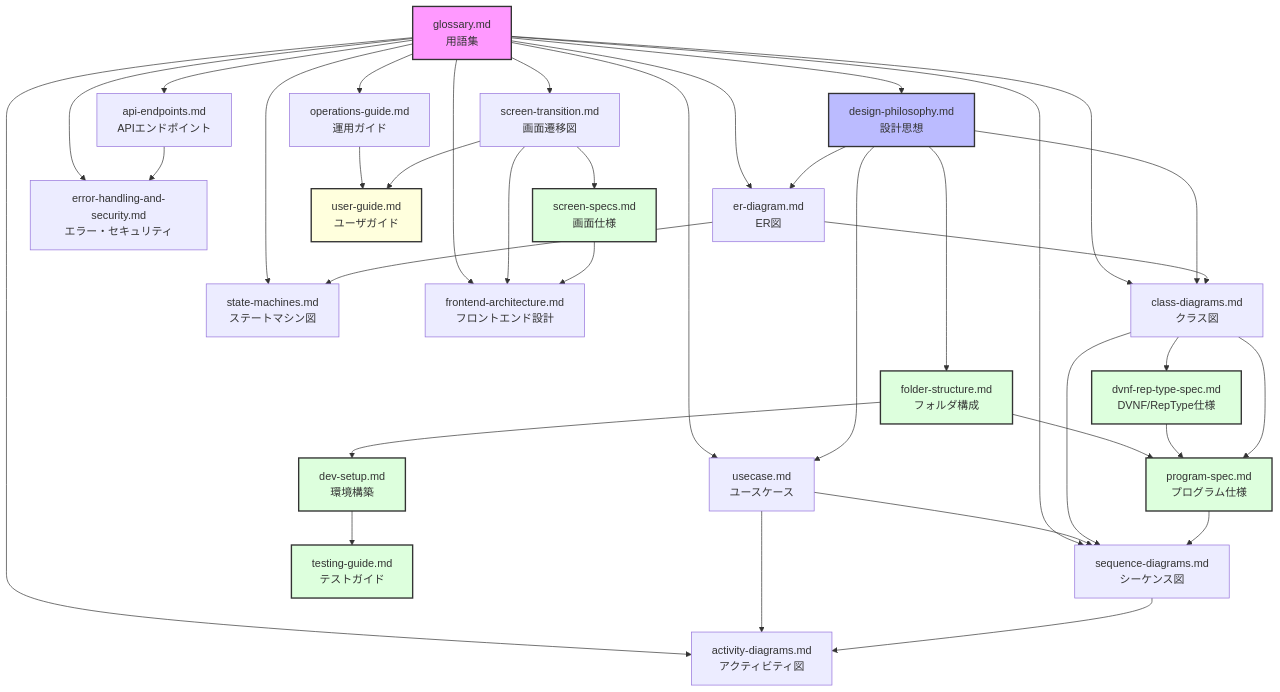
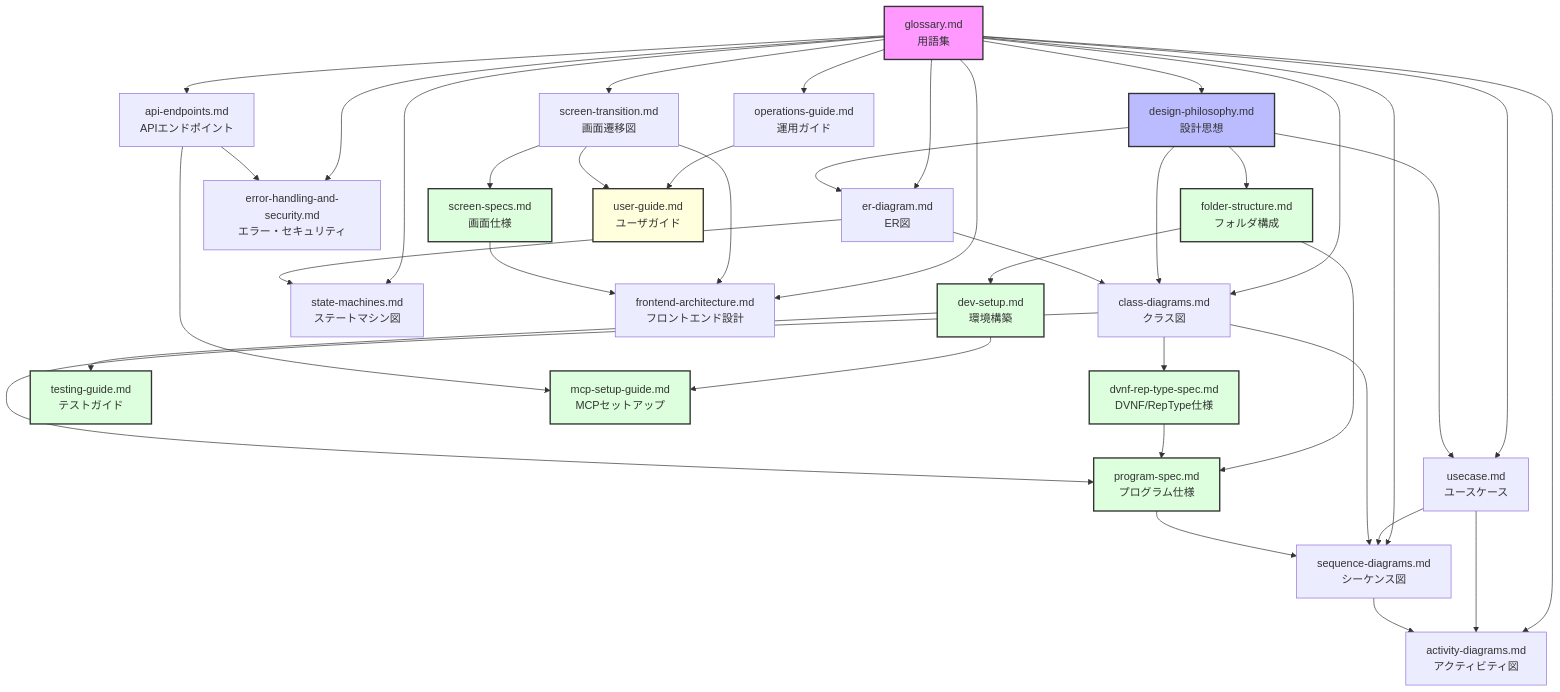
Before and after one commit to mt3hr/gkill: the diagram in documents/reverse/README.md, drawn with Mermaid. The commit also changed other lines of this file and 10 other files, not shown here.

````diff
--- a/documents/reverse/README.md
+++ b/documents/reverse/README.md
@@ -73,55 +75,58 @@
 ```mermaid
 graph TD
     A[glossary.md<br/>用語集] --> B[design-philosophy.md<br/>設計思想]
     A --> C[usecase.md<br/>ユースケース]
     A --> D[er-diagram.md<br/>ER図]
     A --> E[class-diagrams.md<br/>クラス図]
     A --> F[sequence-diagrams.md<br/>シーケンス図]
     A --> G[activity-diagrams.md<br/>アクティビティ図]
     A --> H[state-machines.md<br/>ステートマシン図]
     A --> I[screen-transition.md<br/>画面遷移図]
     A --> J[frontend-architecture.md<br/>フロントエンド設計]
     A --> K[api-endpoints.md<br/>APIエンドポイント]
     A --> L[error-handling-and-security.md<br/>エラー・セキュリティ]
     A --> M[operations-guide.md<br/>運用ガイド]
 
     B --> C
     B --> D
     B --> E
     B --> N[folder-structure.md<br/>フォルダ構成]
 
     C --> F
     C --> G
 
     D --> E
     E --> F
     E --> O[dvnf-rep-type-spec.md<br/>DVNF/RepType仕様]
     F --> G
 
     D --> H
 
     I --> J
     I --> P[screen-specs.md<br/>画面仕様]
     P --> J
     K --> L
 
     N --> Q[dev-setup.md<br/>環境構築]
     Q --> T[testing-guide.md<br/>テストガイド]
+    Q --> U[mcp-setup-guide.md<br/>MCPセットアップ]
+    K --> U
     N --> R[program-spec.md<br/>プログラム仕様]
     O --> R
     E --> R
     R --> F
 
     M --> S[user-guide.md<br/>ユーザガイド]
     I --> S
 
     style A fill:#f9f,stroke:#333,stroke-width:2px
     style B fill:#bbf,stroke:#333,stroke-width:2px
     style N fill:#dfd,stroke:#333,stroke-width:2px
     style O fill:#dfd,stroke:#333,stroke-width:2px
     style P fill:#dfd,stroke:#333,stroke-width:2px
     style Q fill:#dfd,stroke:#333,stroke-width:2px
     style R fill:#dfd,stroke:#333,stroke-width:2px
     style T fill:#dfd,stroke:#333,stroke-width:2px
+    style U fill:#dfd,stroke:#333,stroke-width:2px
     style S fill:#ffd,stroke:#333,stroke-width:2px
 ```
````
